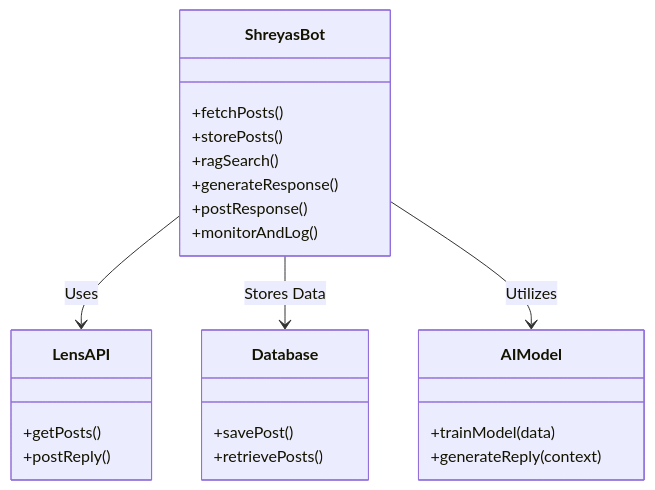
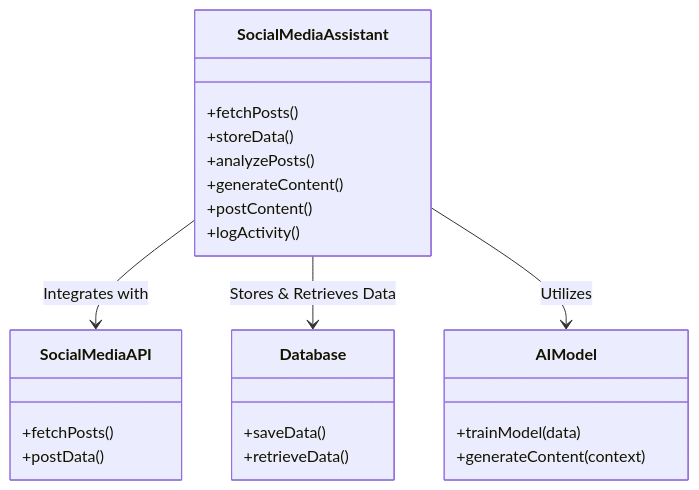
The fourth of 4 diagrams in README.md (shreyaspapi/holiday-hackathon), drawn with Mermaid before and after one commit. The commit also changed other lines of this file, not shown here.

````diff
--- a/README.md
+++ b/README.md
@@ -85,31 +96,30 @@
 ```mermaid
-
-classDiagram  
-    class ShreyasBot {  
-        +fetchPosts()  
-        +storePosts()  
-        +ragSearch()  
-        +generateResponse()  
-        +postResponse()  
-        +monitorAndLog()  
-    }  
-      
-    class LensAPI {  
-        +getPosts()  
-        +postReply()  
-    }  
-      
-    class Database {  
-        +savePost()  
-        +retrievePosts()  
-    }  
-      
-    class AIModel {  
-        +trainModel(data)  
-        +generateReply(context)  
-    }  
-      
-    ShreyasBot --> LensAPI : Uses  
-    ShreyasBot --> Database : Stores Data  
-    ShreyasBot --> AIModel : Utilizes  
+classDiagram
+    class SocialMediaAssistant {
+        +fetchPosts()
+        +storeData()
+        +analyzePosts()
+        +generateContent()
+        +postContent()
+        +logActivity()
+    }
+    
+    class SocialMediaAPI {
+        +fetchPosts()
+        +postData()
+    }
+    
+    class Database {
+        +saveData()
+        +retrieveData()
+    }
+    
+    class AIModel {
+        +trainModel(data)
+        +generateContent(context)
+    }
+    
+    SocialMediaAssistant --> SocialMediaAPI : Integrates with
+    SocialMediaAssistant --> Database : Stores & Retrieves Data
+    SocialMediaAssistant --> AIModel : Utilizes
 ```
````
